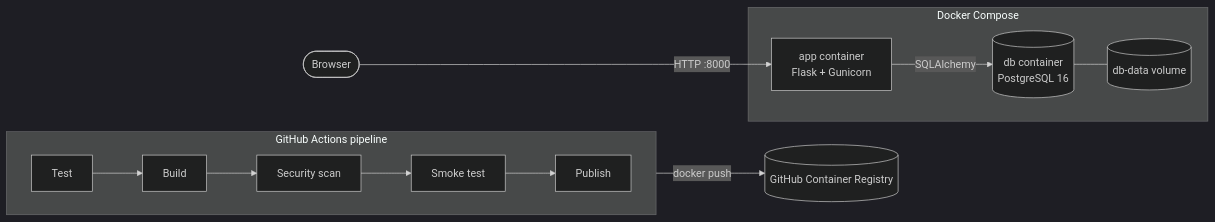
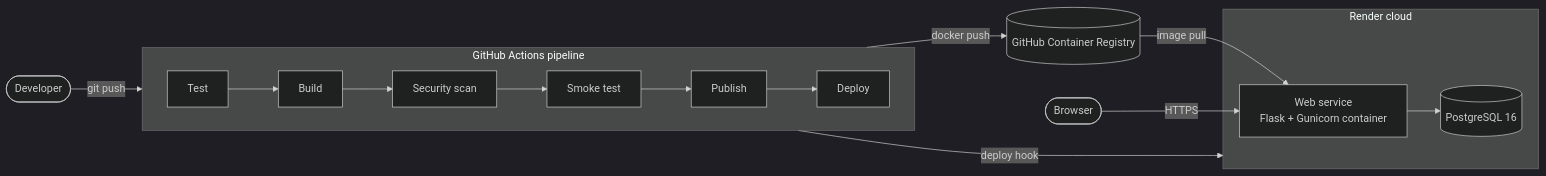
One commit to AnnwesaDas/library-management-cicd changed the diagram in README.md. Above: the diagram before and after it, drawn with Mermaid (dark theme). The commit also changed other lines of this file and 14 other files, not shown here.

````diff
--- a/README.md
+++ b/README.md
@@ -17,19 +19,21 @@
 ```mermaid
 flowchart LR
-    user([Browser]) -->|HTTP :8000| app
+    dev([Developer]) -->|git push| gh
 
-    subgraph compose [Docker Compose]
-        app["app container<br/>Flask + Gunicorn"]
-        db[("db container<br/>PostgreSQL 16")]
-        vol[(db-data volume)]
-        app -->|SQLAlchemy| db
-        db --- vol
-    end
-
-    subgraph cicd [GitHub Actions pipeline]
+    subgraph gh [GitHub Actions pipeline]
         direction LR
-        t[Test] --> b[Build] --> s[Security scan] --> st[Smoke test] --> p[Publish]
+        t[Test] --> b[Build] --> s[Security scan] --> st[Smoke test] --> p[Publish] --> d[Deploy]
     end
 
     p -->|docker push| ghcr[(GitHub Container Registry)]
+    d -->|deploy hook| render
+
+    subgraph render [Render cloud]
+        web["Web service<br/>Flask + Gunicorn container"]
+        rdb[(PostgreSQL 16)]
+        web --> rdb
+    end
+
+    ghcr -->|image pull| web
+    user([Browser]) -->|HTTPS| web
 ```
````
